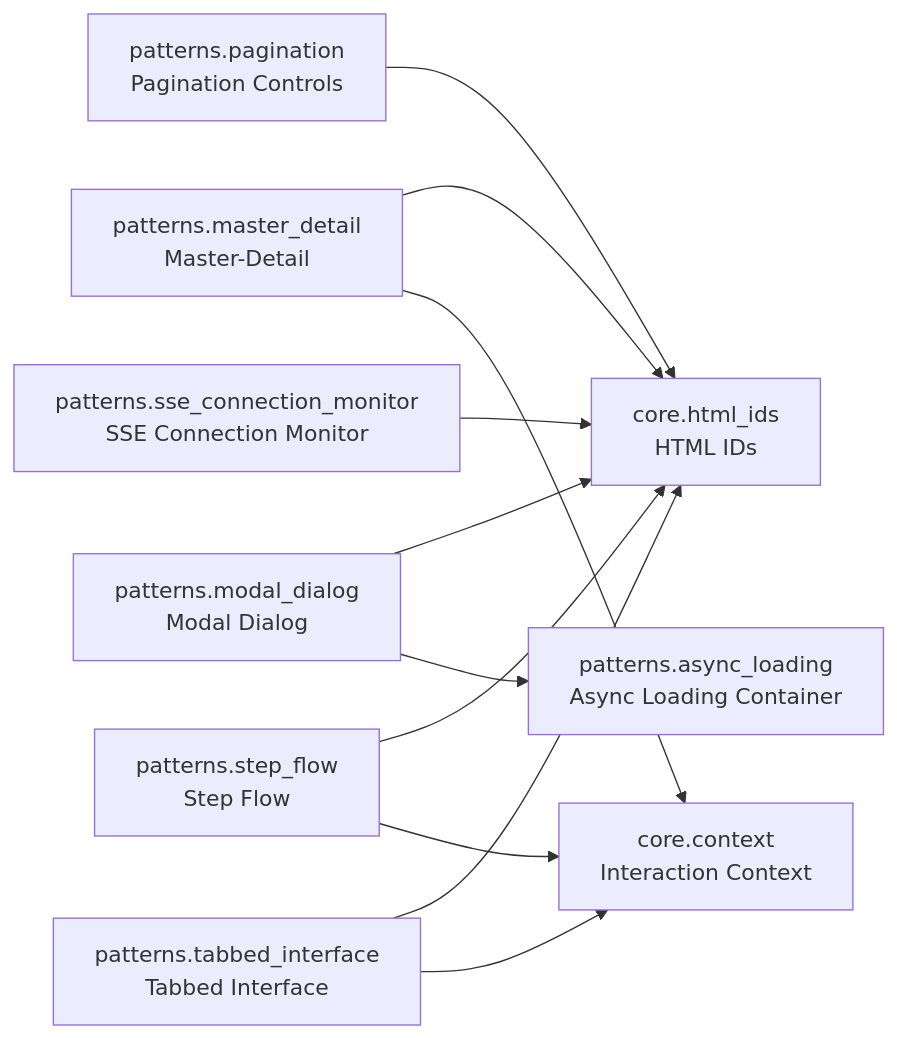
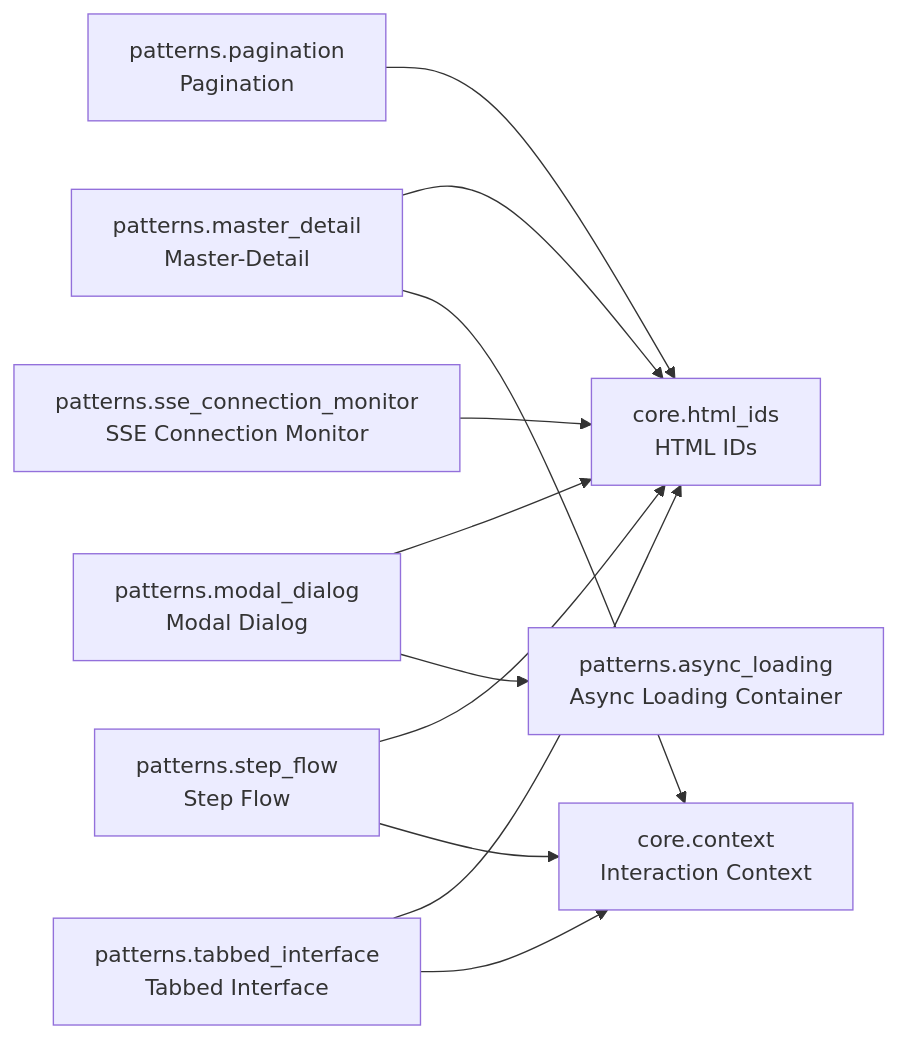
The diagram in README.md (cj-mills/cjm-fasthtml-interactions), drawn with Mermaid before and after one commit. The commit also changed other lines of this file and 7 other files, not shown here.

````diff
--- a/README.md
+++ b/README.md
@@ -31,23 +31,23 @@
 ``` mermaid
 graph LR
     core_context[core.context<br/>Interaction Context]
     core_html_ids[core.html_ids<br/>HTML IDs]
     patterns_async_loading[patterns.async_loading<br/>Async Loading Container]
     patterns_master_detail[patterns.master_detail<br/>Master-Detail]
     patterns_modal_dialog[patterns.modal_dialog<br/>Modal Dialog]
-    patterns_pagination[patterns.pagination<br/>Pagination Controls]
+    patterns_pagination[patterns.pagination<br/>Pagination]
     patterns_sse_connection_monitor[patterns.sse_connection_monitor<br/>SSE Connection Monitor]
     patterns_step_flow[patterns.step_flow<br/>Step Flow]
     patterns_tabbed_interface[patterns.tabbed_interface<br/>Tabbed Interface]
 
     patterns_master_detail --> core_html_ids
     patterns_master_detail --> core_context
     patterns_modal_dialog --> core_html_ids
     patterns_modal_dialog --> patterns_async_loading
     patterns_pagination --> core_html_ids
     patterns_sse_connection_monitor --> core_html_ids
     patterns_step_flow --> core_html_ids
     patterns_step_flow --> core_context
     patterns_tabbed_interface --> core_html_ids
     patterns_tabbed_interface --> core_context
 ```
````
